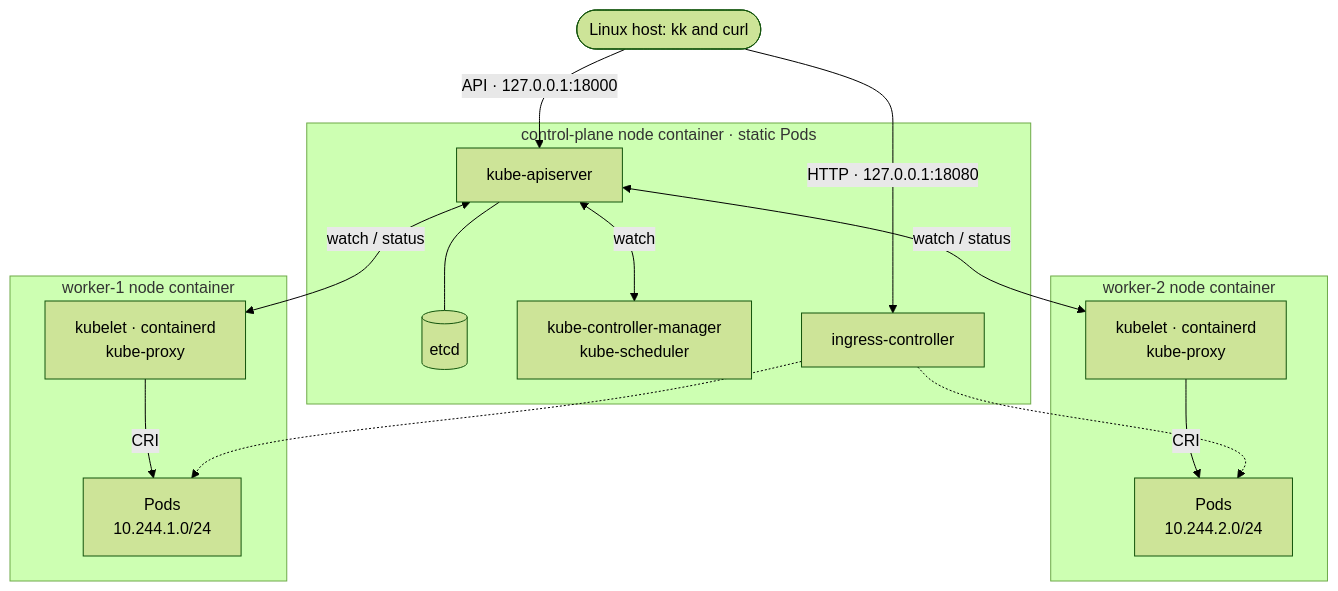
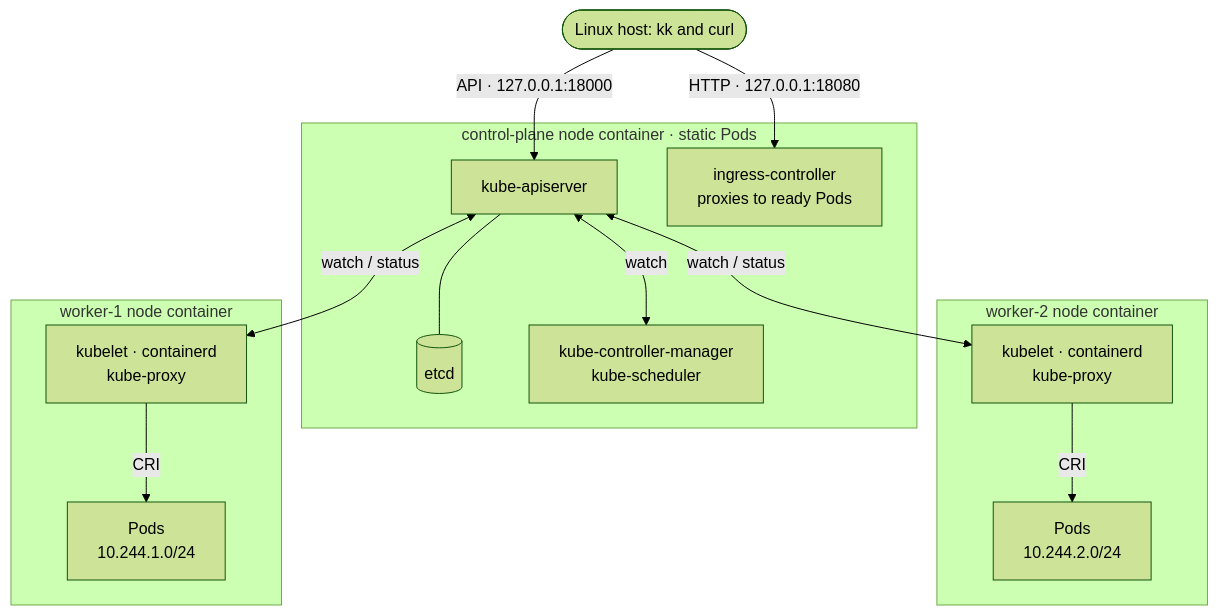
Before and after one commit to cvvz/mini-k8s: the diagram in README.md, drawn with Mermaid (forest theme). The commit also changed other lines of this file and 1 other file, not shown here.

Commit message:
docs: drop crossing Ingress edges from the architecture diagram

````diff
--- a/README.md
+++ b/README.md
@@ -71,32 +71,30 @@
 ```mermaid
 flowchart TB
     user(["Linux host: kk and curl"])
 
     subgraph cp["control-plane node container · static Pods"]
         api["kube-apiserver"]
         etcd[("etcd")]
         ctl["kube-controller-manager<br/>kube-scheduler"]
-        ing["ingress-controller"]
+        ing["ingress-controller<br/>proxies to ready Pods"]
     end
 
     subgraph w2["worker-2 node container"]
         k2["kubelet · containerd<br/>kube-proxy"]
         p2["Pods<br/>10.244.2.0/24"]
     end
 
     subgraph w1["worker-1 node container"]
         k1["kubelet · containerd<br/>kube-proxy"]
         p1["Pods<br/>10.244.1.0/24"]
     end
 
     user -- "API · 127.0.0.1:18000" --> api
     user -- "HTTP · 127.0.0.1:18080" --> ing
     api --- etcd
     api <-- watch --> ctl
     api <-- "watch / status" --> k1
     api <-- "watch / status" --> k2
     k1 -- CRI --> p1
     k2 -- CRI --> p2
-    ing -.-> p1
-    ing -.-> p2
 ```
````
